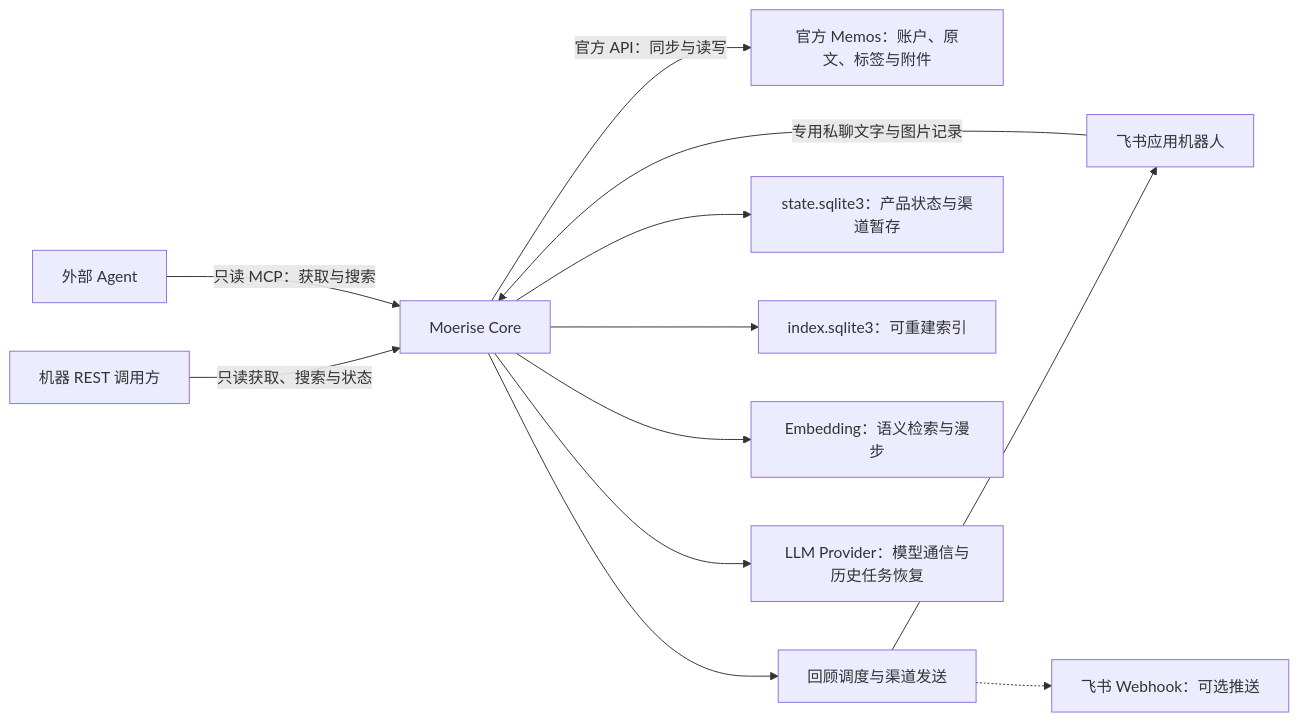
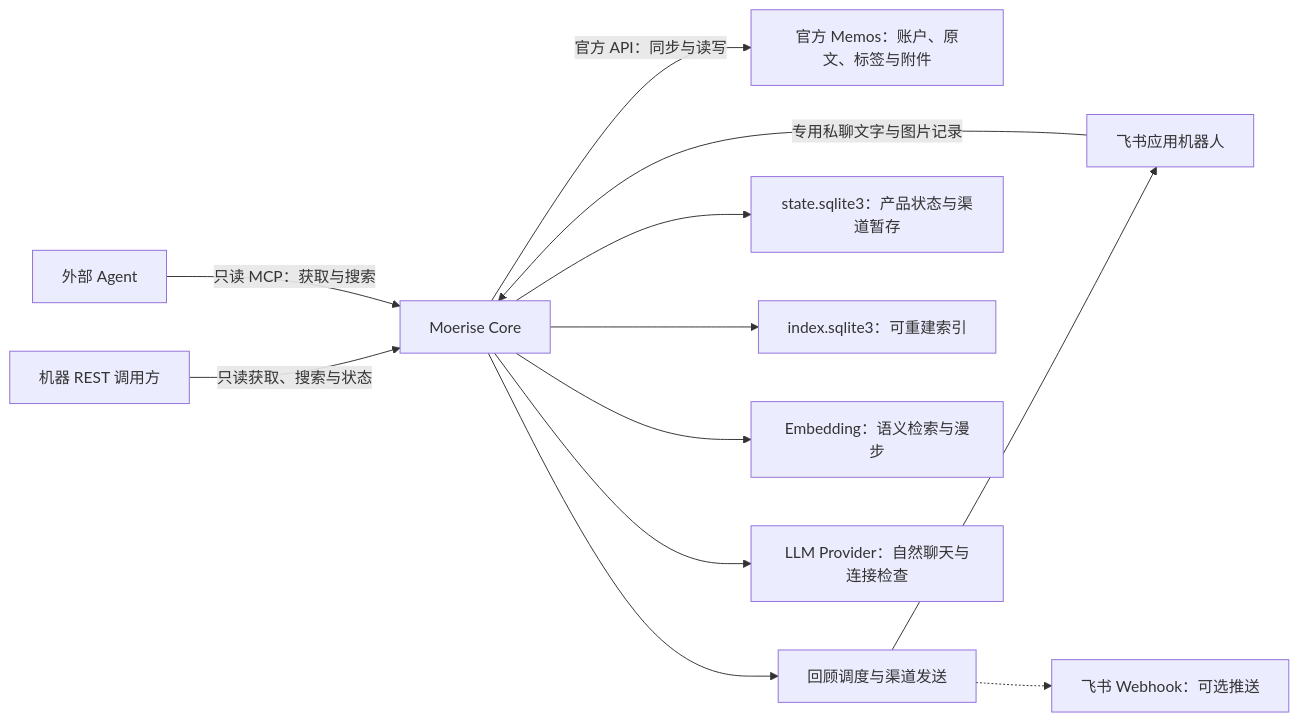
One commit to Fermin214/Moerise changed the first of 2 diagrams in docs/PRODUCT-ARCHITECTURE.md. Above: the diagram before and after it, drawn with Mermaid. The commit also changed other lines of this file and 9 other files, not shown here.

````diff
--- a/docs/PRODUCT-ARCHITECTURE.md
+++ b/docs/PRODUCT-ARCHITECTURE.md
@@ -59,15 +59,15 @@
 ```mermaid
 flowchart LR
     Memos["官方 Memos：账户、原文、标签与附件"]
     Core["Moerise Core"] -->|"官方 API：同步与读写"| Memos
     Caller["机器 REST 调用方"] -->|"只读获取、搜索与状态"| Core
     Agents["外部 Agent"] -->|"只读 MCP：获取与搜索"| Core
     FeishuBot["飞书应用机器人"] -->|"专用私聊文字与图片记录"| Core
     Core --> Notify["回顾调度与渠道发送"]
     Core --> State["state.sqlite3：产品状态与渠道暂存"]
     Core --> Index["index.sqlite3：可重建索引"]
     Core --> Embedding["Embedding：语义检索与漫步"]
-    Core --> LLM["LLM Provider：模型通信与历史任务恢复"]
+    Core --> LLM["LLM Provider：自然聊天与连接检查"]
     Notify --> FeishuBot
     Notify -.-> FeishuWebhook["飞书 Webhook：可选推送"]
 ```
````
